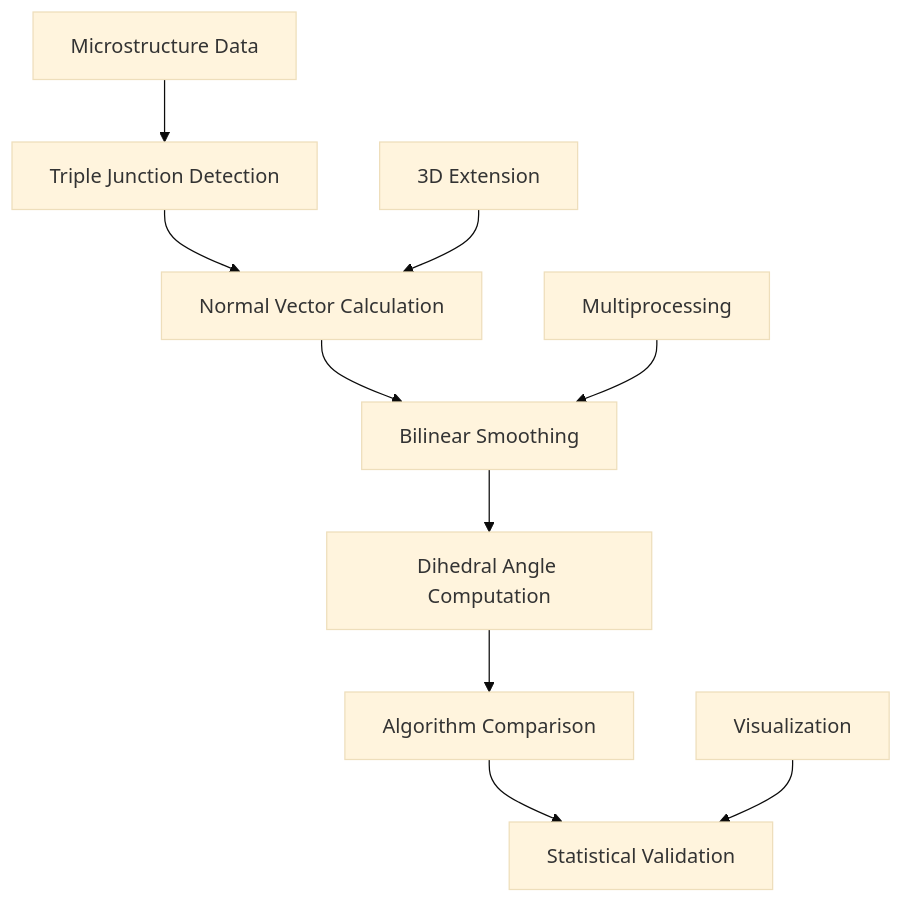
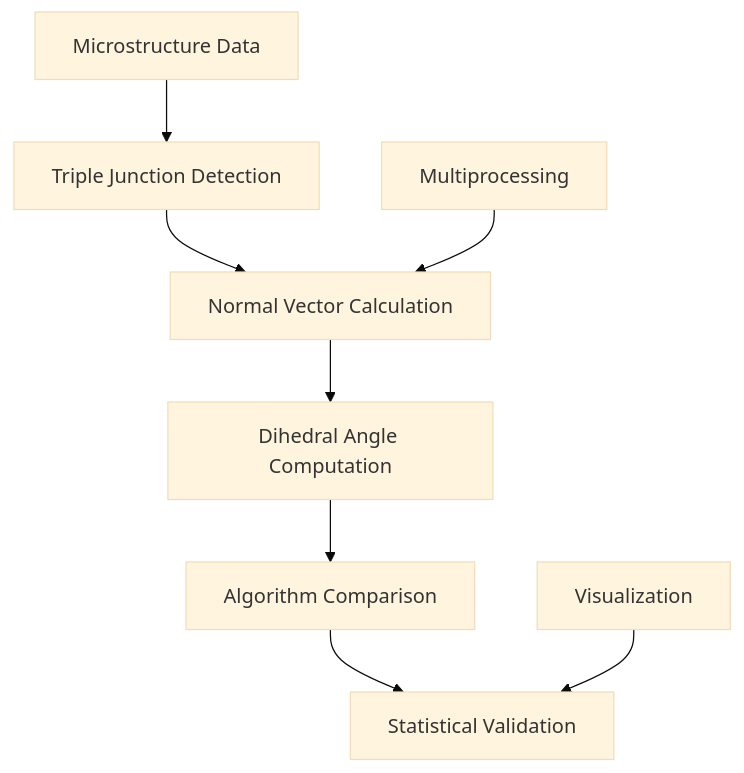
One commit to Linwitness/VECTOR changed the diagram in examples/calculate_tangent/README.md. Above: the diagram before and after it, drawn with Mermaid (base theme). The commit also changed other lines of this file and 8 other files, not shown here.

````diff
--- a/examples/calculate_tangent/README.md
+++ b/examples/calculate_tangent/README.md
@@ -28,13 +28,11 @@
 ```mermaid
 graph TD
     A[Microstructure Data] --> B[Triple Junction Detection]
-    B --> C[Normal Vector Calculation]
-    C --> D[Bilinear Smoothing]
+    B --> D[Normal Vector Calculation]
     D --> E[Dihedral Angle Computation]
     E --> F[Algorithm Comparison]
     F --> G[Statistical Validation]
     
-    H[3D Extension] --> C
     I[Multiprocessing] --> D
     J[Visualization] --> G
 ```
````
